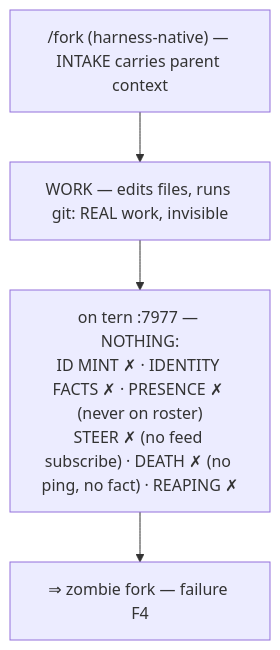
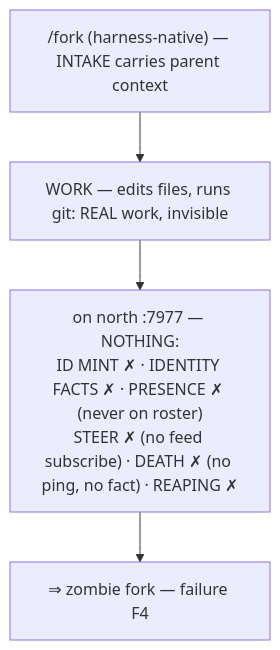
Before and after one commit to tompassarelli/firn: the eighth of 10 diagrams in dotfiles/claude/docs/workflow-map.md, drawn with Mermaid. The commit also changed other lines of this file and 7 other files, not shown here.

First line of the commit message:
rename(docs): tern→north — workflow-map, north.md, agent-protocol, praxis

````diff
--- a/dotfiles/claude/docs/workflow-map.md
+++ b/dotfiles/claude/docs/workflow-map.md
@@ -290,6 +290,6 @@
 ```mermaid
 flowchart TD
     H["/fork (harness-native) — INTAKE carries parent context"] --> W["WORK — edits files, runs git: REAL work, invisible"]
-    W --> N["on tern :7977 — NOTHING:<br/>ID MINT ✗ · IDENTITY FACTS ✗ · PRESENCE ✗ (never on roster)<br/>STEER ✗ (no feed subscribe) · DEATH ✗ (no ping, no fact) · REAPING ✗"]
+    W --> N["on north :7977 — NOTHING:<br/>ID MINT ✗ · IDENTITY FACTS ✗ · PRESENCE ✗ (never on roster)<br/>STEER ✗ (no feed subscribe) · DEATH ✗ (no ping, no fact) · REAPING ✗"]
     N --> Z["⇒ zombie fork — failure F4"]
 ```
````
